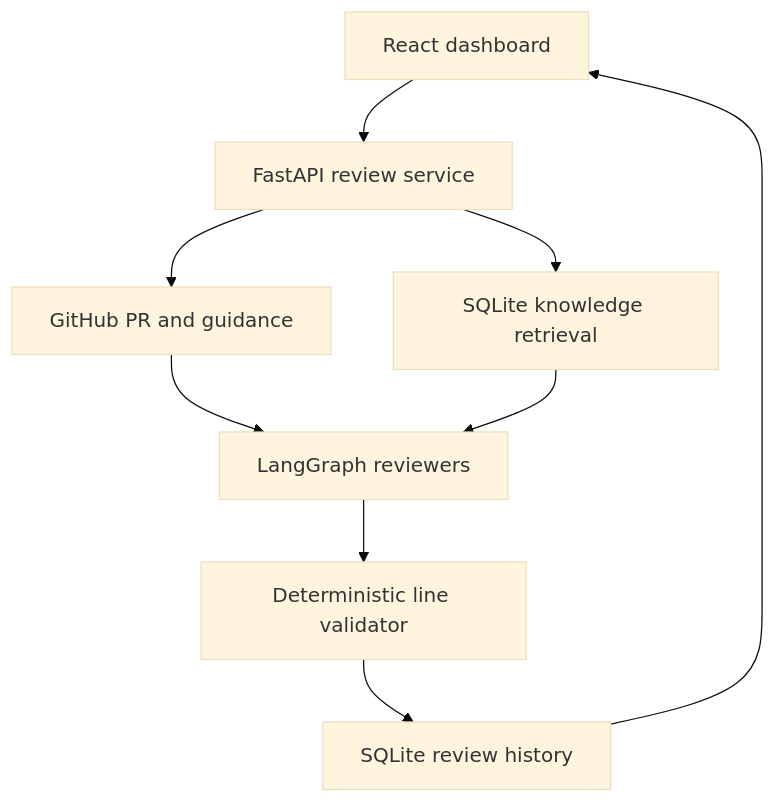
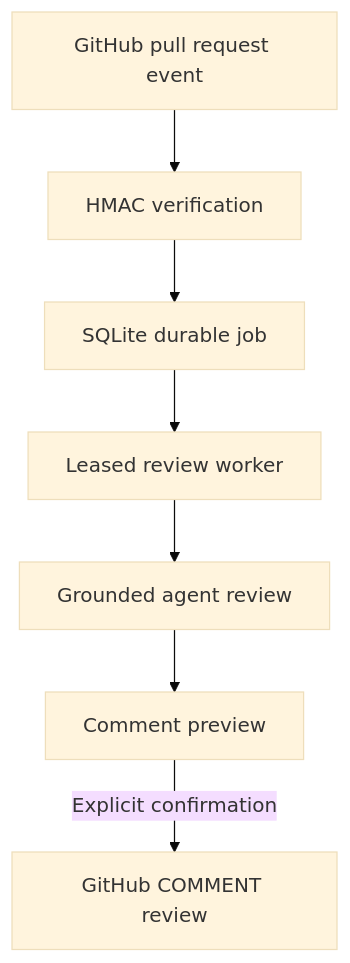
Before and after one commit to Sinchan26/mergescope-ai: the diagram in docs/PROJECT_PLAN.md, drawn with Mermaid (base theme). The commit also changed other lines of this file and 33 other files, not shown here.

Commit message:
feat: add GitHub App workflow integration

````diff
--- a/docs/PROJECT_PLAN.md
+++ b/docs/PROJECT_PLAN.md
@@ -14,11 +10,9 @@
 ```mermaid
 flowchart TD
-    UI[React dashboard] --> API[FastAPI review service]
-    API --> GH[GitHub PR and guidance]
-    API --> KB[SQLite knowledge retrieval]
-    GH --> GRAPH[LangGraph reviewers]
-    KB --> GRAPH
-    GRAPH --> VALIDATOR[Deterministic line validator]
-    VALIDATOR --> DB[SQLite review history]
-    DB --> UI
+    GH[GitHub pull request event] --> VERIFY[HMAC verification]
+    VERIFY --> QUEUE[SQLite durable job]
+    QUEUE --> WORKER[Leased review worker]
+    WORKER --> REVIEW[Grounded agent review]
+    REVIEW --> PREVIEW[Comment preview]
+    PREVIEW -->|Explicit confirmation| PUBLISH[GitHub COMMENT review]
 ```
````
